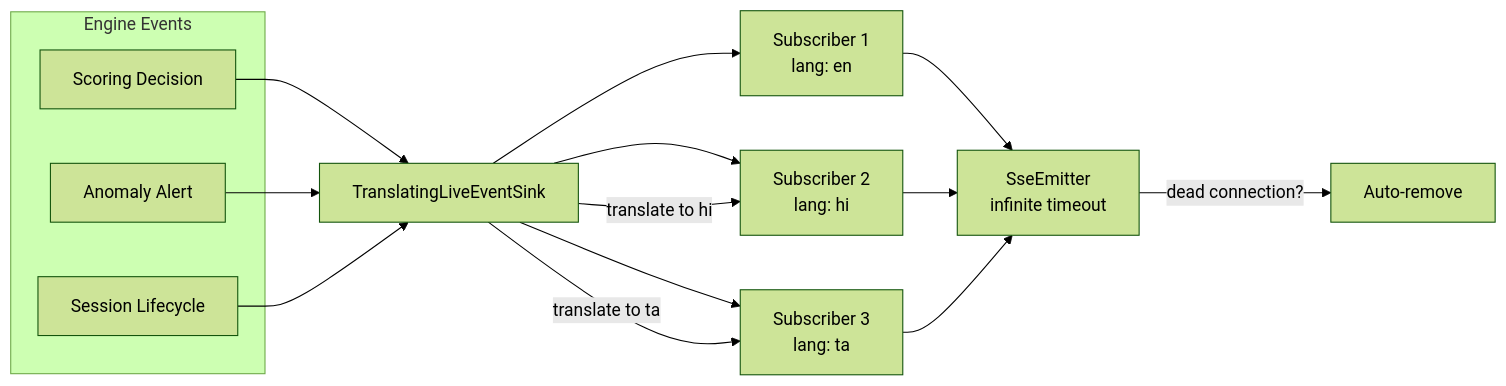
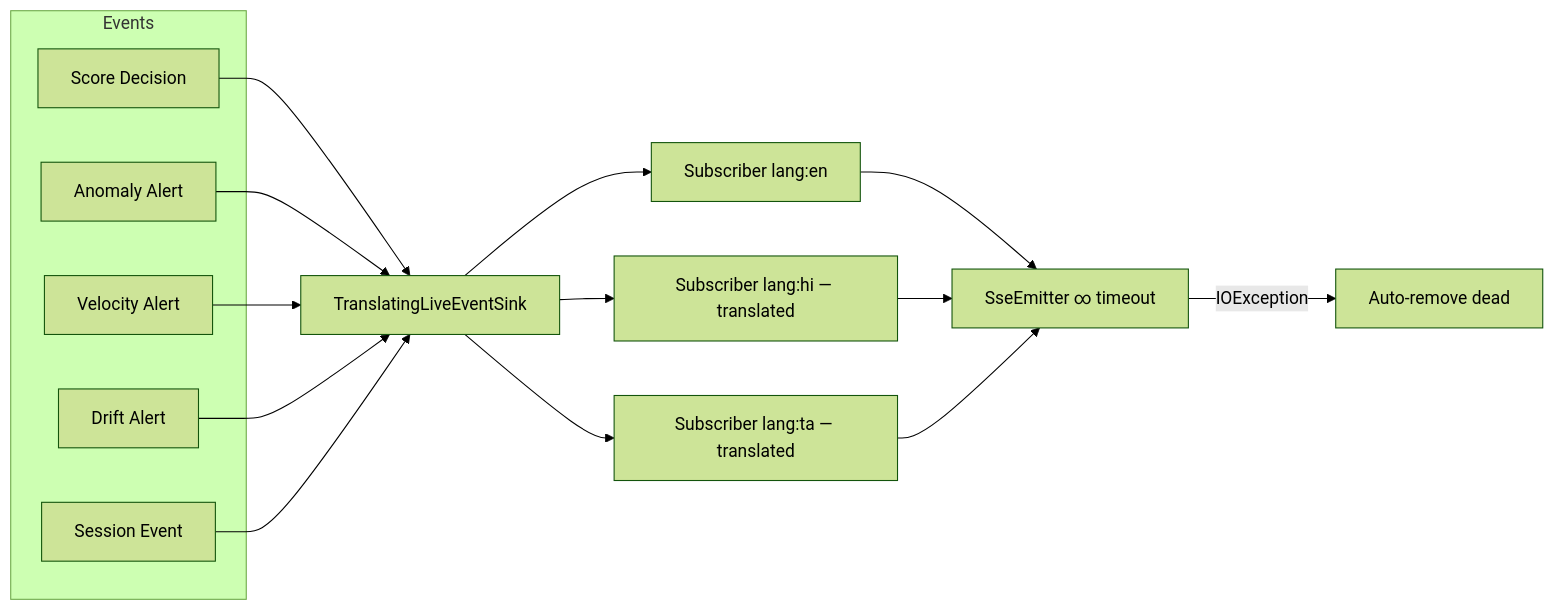
Before and after one commit to rachitGupta-ai/IntentGuard: diagram 16 of 26 in docs/product-design-and-execution-flow.md, drawn with Mermaid (forest theme). The commit also changed other lines of this file and 29 other files, not shown here.

````diff
--- a/docs/product-design-and-execution-flow.md
+++ b/docs/product-design-and-execution-flow.md
@@ -651,21 +675,16 @@
 ```mermaid
 flowchart LR
-    subgraph Engine Events
-        SC[Scoring Decision]
+    subgraph Events
+        SC[Score Decision]
         AL[Anomaly Alert]
-        SE[Session Lifecycle]
+        VA[Velocity Alert]
+        DG[Drift Alert]
+        SE[Session Event]
     end
-
-    SC & AL & SE --> SINK[TranslatingLiveEventSink]
-
-    SINK --> SUB1[Subscriber 1<br/>lang: en]
-    SINK --> SUB2[Subscriber 2<br/>lang: hi]
-    SINK --> SUB3[Subscriber 3<br/>lang: ta]
-
-    SINK -->|translate to hi| SUB2
-    SINK -->|translate to ta| SUB3
-
-    SUB1 & SUB2 & SUB3 --> SSE[SseEmitter<br/>infinite timeout]
-
-    SSE -->|dead connection?| REMOVE[Auto-remove]
+    SC & AL & VA & DG & SE --> SINK[TranslatingLiveEventSink]
+    SINK --> SUB1[Subscriber lang:en]
+    SINK --> SUB2[Subscriber lang:hi — translated]
+    SINK --> SUB3[Subscriber lang:ta — translated]
+    SUB1 & SUB2 & SUB3 --> SSE[SseEmitter ∞ timeout]
+    SSE -->|IOException| REMOVE[Auto-remove dead]
 ```
````
